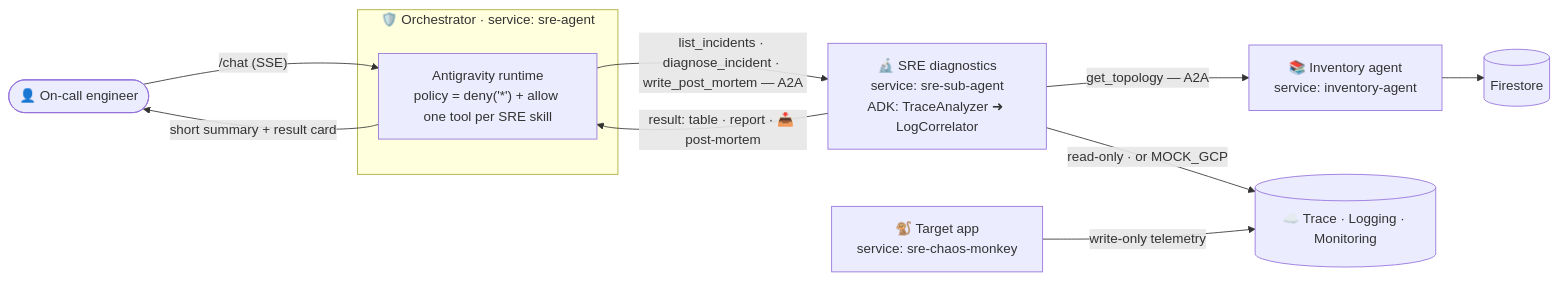
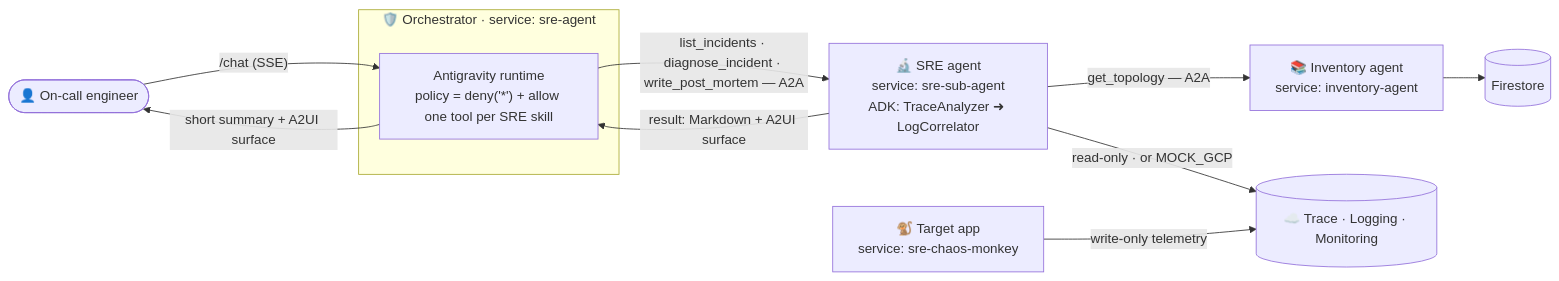
One commit to xSAVIKx/sre-agent changed the diagram in README.md. Above: the diagram before and after it, drawn with Mermaid. The commit also changed other lines of this file and 12 other files, not shown here.

````diff
--- a/README.md
+++ b/README.md
@@ -49,15 +88,15 @@
 ```mermaid
 flowchart LR
     User(["👤 On-call engineer"]) -->|"/chat (SSE)"| ORCH
 
     subgraph Safe["🛡️ Orchestrator · service: sre-agent"]
         ORCH["Antigravity runtime<br/>policy = deny('*') + allow one tool per SRE skill"]
     end
 
-    ORCH -->|"list_incidents · diagnose_incident · write_post_mortem — A2A"| SRE["🔬 SRE diagnostics<br/>service: sre-sub-agent<br/>ADK: TraceAnalyzer ➜ LogCorrelator"]
+    ORCH -->|"list_incidents · diagnose_incident · write_post_mortem — A2A"| SRE["🔬 SRE agent<br/>service: sre-sub-agent<br/>ADK: TraceAnalyzer ➜ LogCorrelator"]
     SRE -->|"get_topology — A2A"| INV["📚 Inventory agent<br/>service: inventory-agent"]
     INV --> FS[("Firestore")]
     SRE -->|"read-only · or MOCK_GCP"| OBS[("☁️ Trace · Logging · Monitoring")]
     APP["🐒 Target app<br/>service: sre-chaos-monkey"] -->|"write-only telemetry"| OBS
-    SRE -->|"result: table · report · 📥 post-mortem"| ORCH -->|"short summary + result card"| User
+    SRE -->|"result: Markdown + A2UI surface"| ORCH -->|"short summary + A2UI surface"| User
 ```
````
